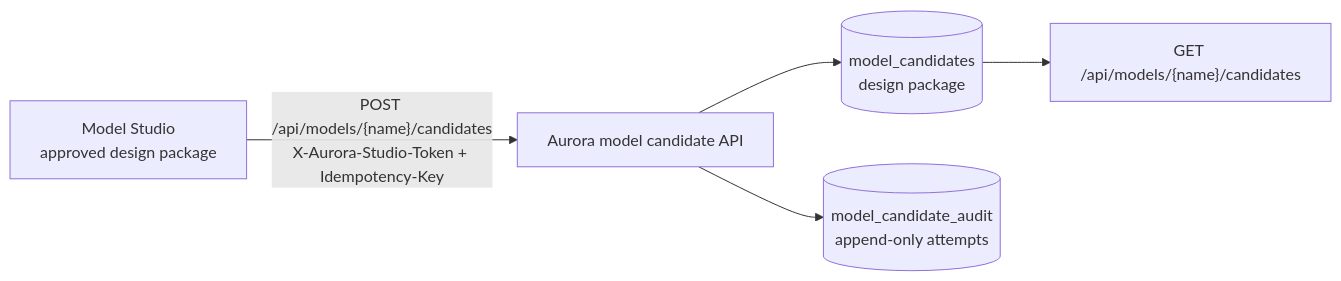
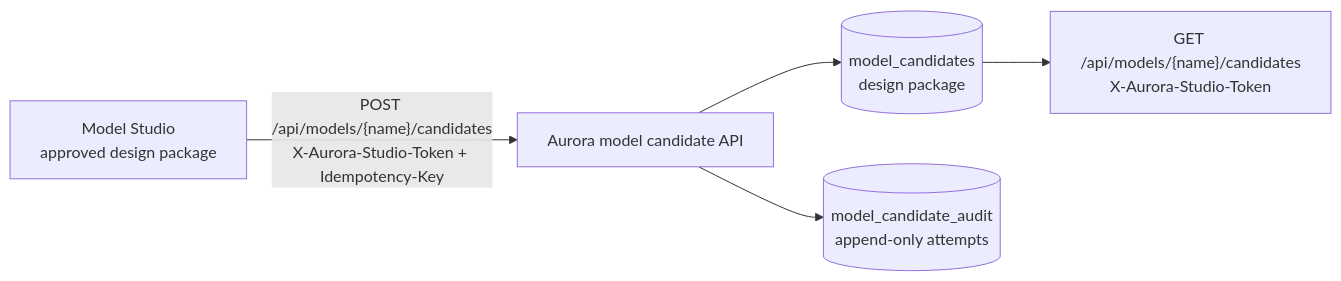
Before and after one commit to mohangundappa/aurora-intelligence: the second of 4 diagrams in docs/data-flow.md, drawn with Mermaid. The commit also changed other lines of this file and 9 other files, not shown here.

````diff
--- a/docs/data-flow.md
+++ b/docs/data-flow.md
@@ -83,7 +83,7 @@
 ```mermaid
 flowchart LR
   studio["Model Studio<br/>approved design package"] -->|"POST /api/models/{name}/candidates<br/>X-Aurora-Studio-Token + Idempotency-Key"| inbound["Aurora model candidate API"]
   inbound --> candidates[("model_candidates<br/>design package")]
   inbound --> candidateAudit[("model_candidate_audit<br/>append-only attempts")]
-  candidates --> read["GET /api/models/{name}/candidates"]
+  candidates --> read["GET /api/models/{name}/candidates<br/>X-Aurora-Studio-Token"]
 ```
````
